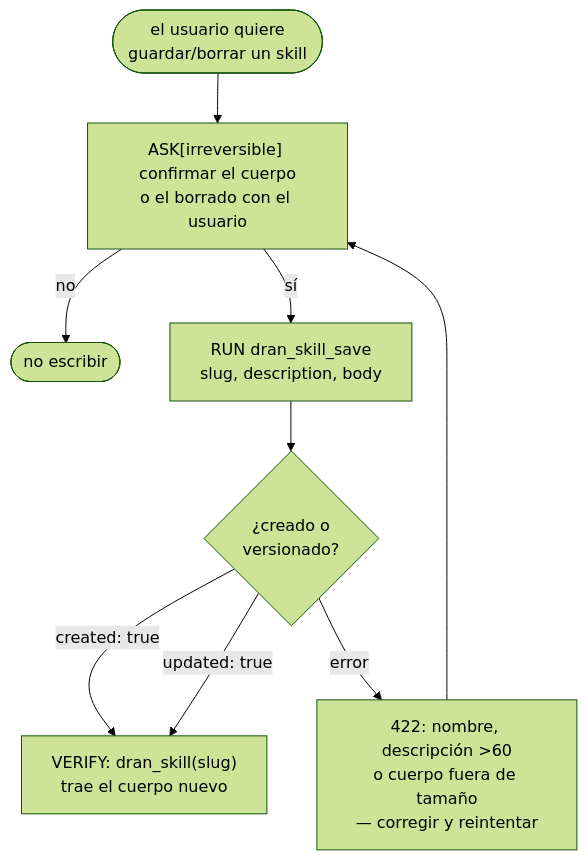
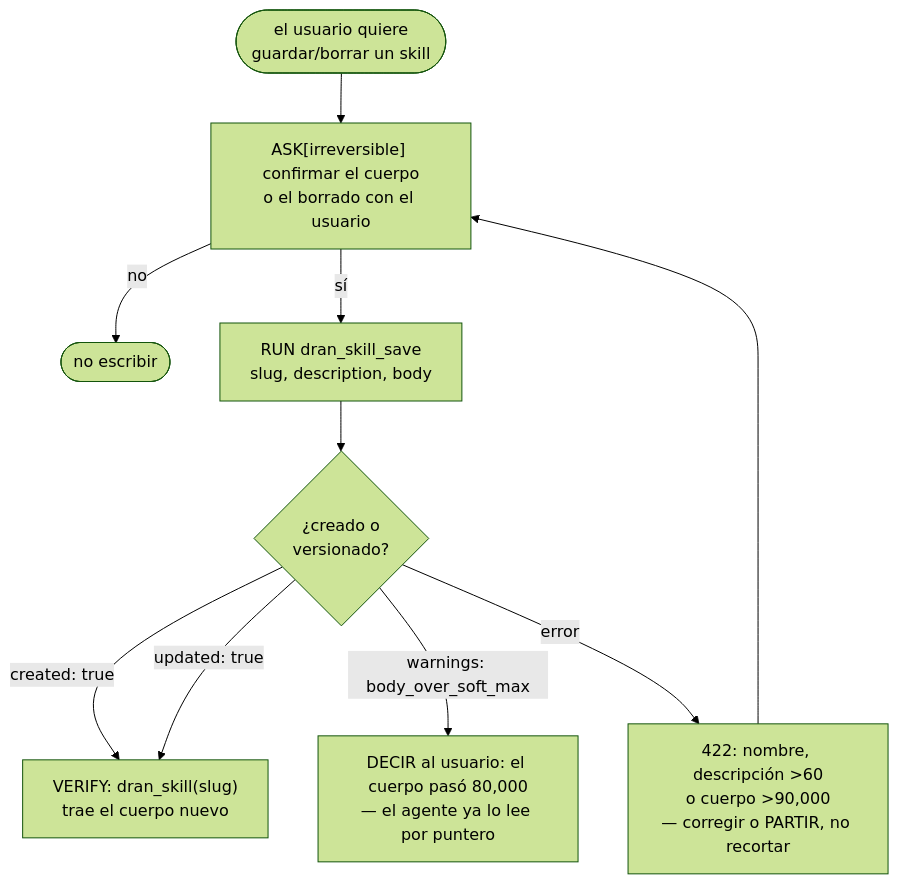
The third of 4 diagrams in hermes_plugin/dran/skills/skills-flow/SKILL.md (alvarolizama/dran), drawn with Mermaid (forest theme) before and after one commit. The commit also changed other lines of this file and 10 other files, not shown here.

````diff
--- a/hermes_plugin/dran/skills/skills-flow/SKILL.md
+++ b/hermes_plugin/dran/skills/skills-flow/SKILL.md
@@ -99,11 +99,12 @@
 ```mermaid
 flowchart TD
   W([el usuario quiere\nguardar/borrar un skill]) --> A["ASK[irreversible] confirmar el cuerpo\no el borrado con el usuario"]
   A -->|"no"| N([no escribir])
   A -->|"sí"| S["RUN dran_skill_save\nslug, description, body"]
   S --> G{"¿creado o\nversionado?"}
   G -->|"created: true"| V["VERIFY: dran_skill(slug)\ntrae el cuerpo nuevo"]
   G -->|"updated: true"| V
-  G -->|"error"| E["422: nombre, descripción >60\no cuerpo fuera de tamaño\n— corregir y reintentar"]
+  G -->|"warnings: body_over_soft_max"| P["DECIR al usuario: el cuerpo pasó 80,000\n— el agente ya lo lee por puntero"]
+  G -->|"error"| E["422: nombre, descripción >60\no cuerpo >90,000\n— corregir o PARTIR, no recortar"]
   E --> A
 ```
````
